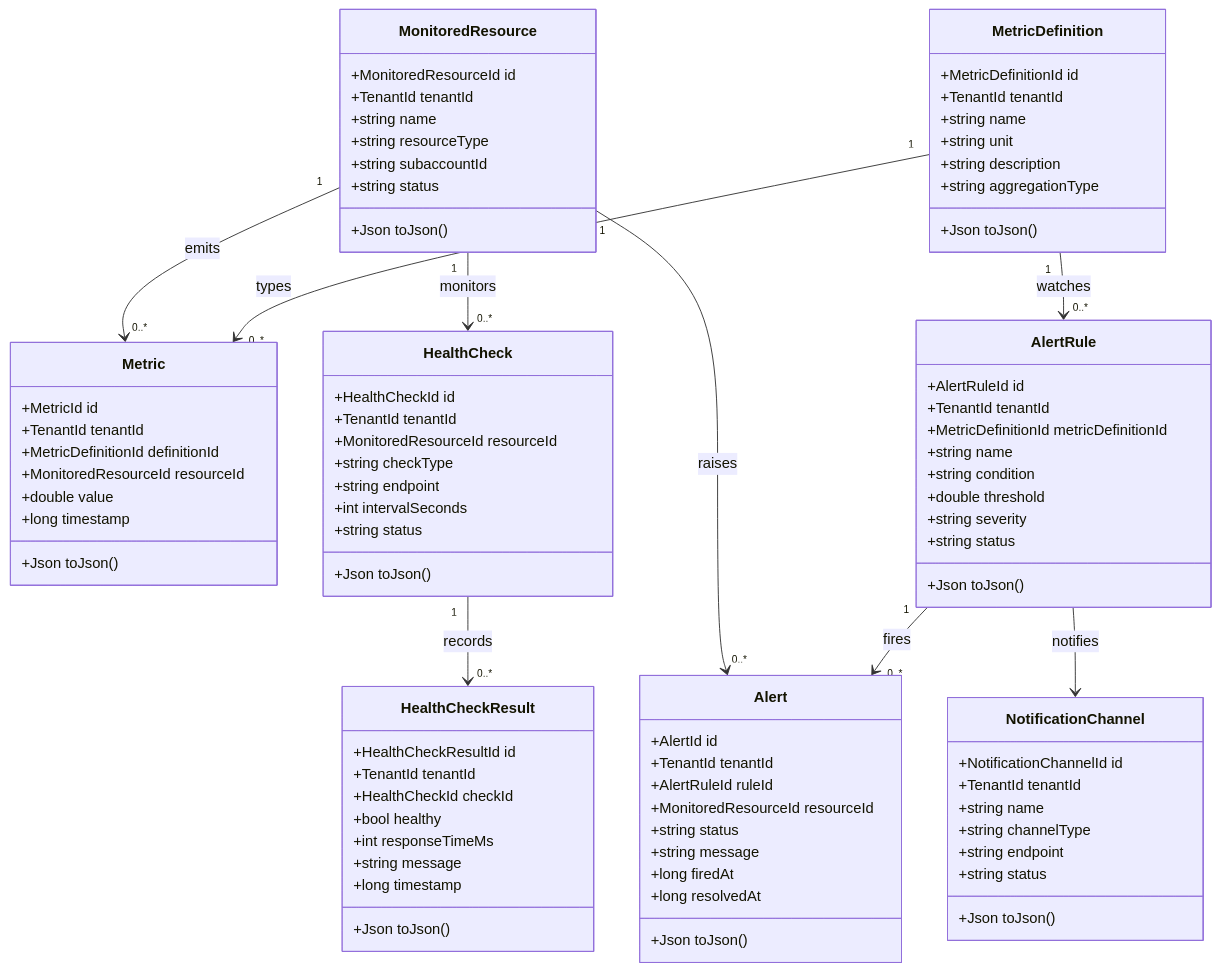
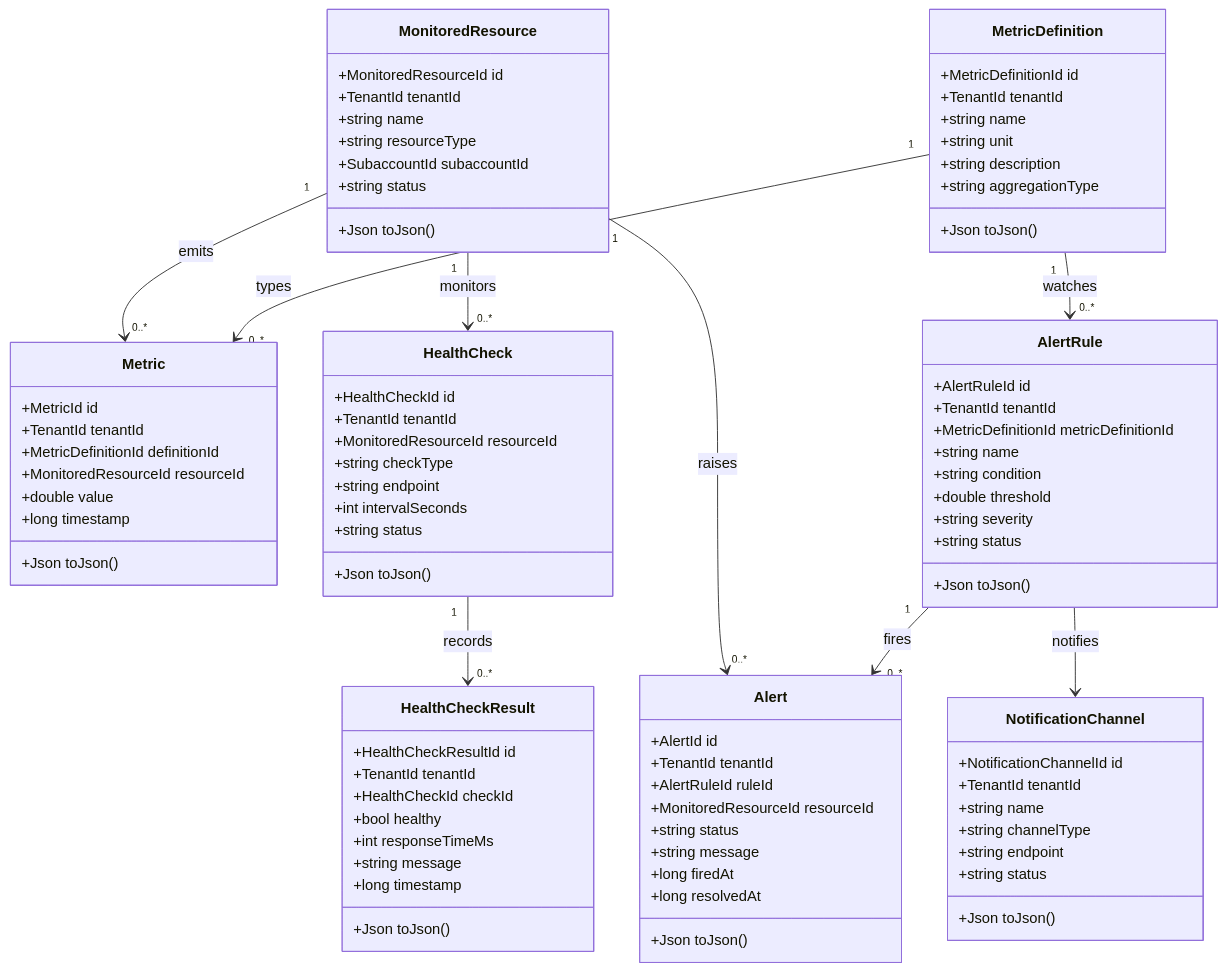
Before and after one commit to UIMSolutions/uim-platform: the first of 3 diagrams in monitoring/UML.md, drawn with Mermaid. The commit also changed 84 other files, not shown here.

```diff
--- a/monitoring/UML.md
+++ b/monitoring/UML.md
@@ -14,7 +14,7 @@
         +TenantId tenantId
         +string name
         +string resourceType
-        +string subaccountId
+        +SubaccountId subaccountId
         +string status
         +Json toJson()
     }
```
